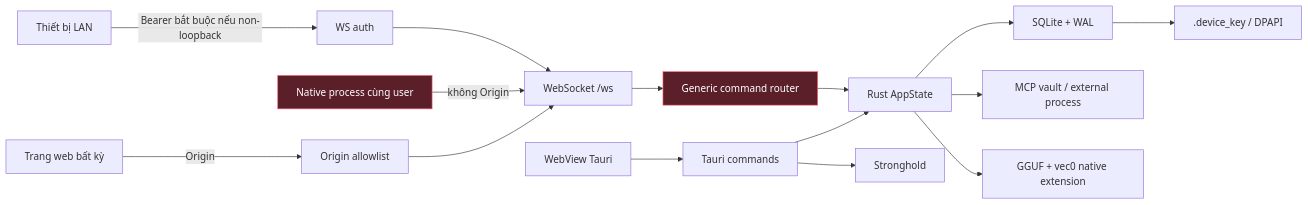
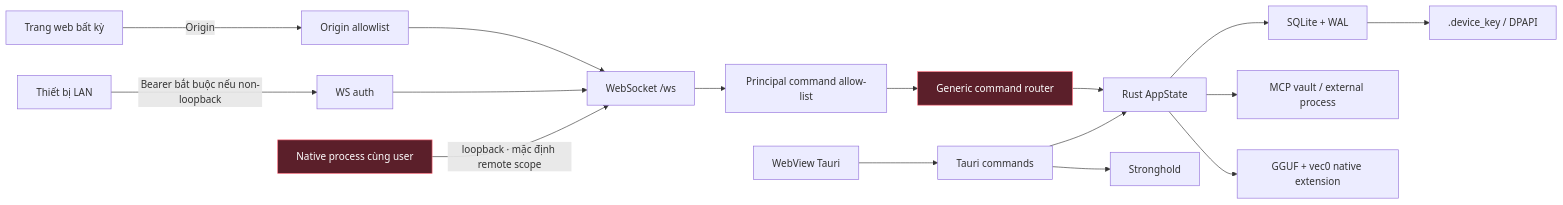
One commit to DuongNAD/LIVA changed the first of 2 diagrams in docs/05-chat-luong/threat-model.md. Above: the diagram before and after it, drawn with Mermaid. The commit also changed other lines of this file and 36 other files, not shown here.

````diff
--- a/docs/05-chat-luong/threat-model.md
+++ b/docs/05-chat-luong/threat-model.md
@@ -98,20 +98,21 @@
 ```mermaid
 flowchart LR
     WEB["Trang web bất kỳ"] -- "Origin" --> OA["Origin allowlist"]
-    NATIVE["Native process cùng user"] -- "không Origin" --> WS["WebSocket /ws"]
+    NATIVE["Native process cùng user"] -- "loopback · mặc định remote scope" --> WS["WebSocket /ws"]
     LAN["Thiết bị LAN"] -- "Bearer bắt buộc nếu non-loopback" --> AUTH["WS auth"]
     AUTH --> WS
     TAURI["WebView Tauri"] --> TC["Tauri commands"]
     OA --> WS
-    WS --> CMD["Generic command router"]
+    WS --> AUTHZ["Principal command allow-list"]
+    AUTHZ --> CMD["Generic command router"]
     TC --> CORE["Rust AppState"]
     CMD --> CORE
     CORE --> DB["SQLite + WAL"]
     CORE --> MCP["MCP vault / external process"]
     CORE --> MODEL["GGUF + vec0 native extension"]
     TC --> SH["Stronghold"]
     DB --> DK[".device_key / DPAPI"]
 
     classDef gap fill:#5b1f2a,stroke:#ff6b7a,color:#fff;
     class NATIVE,CMD gap;
 ```
````
